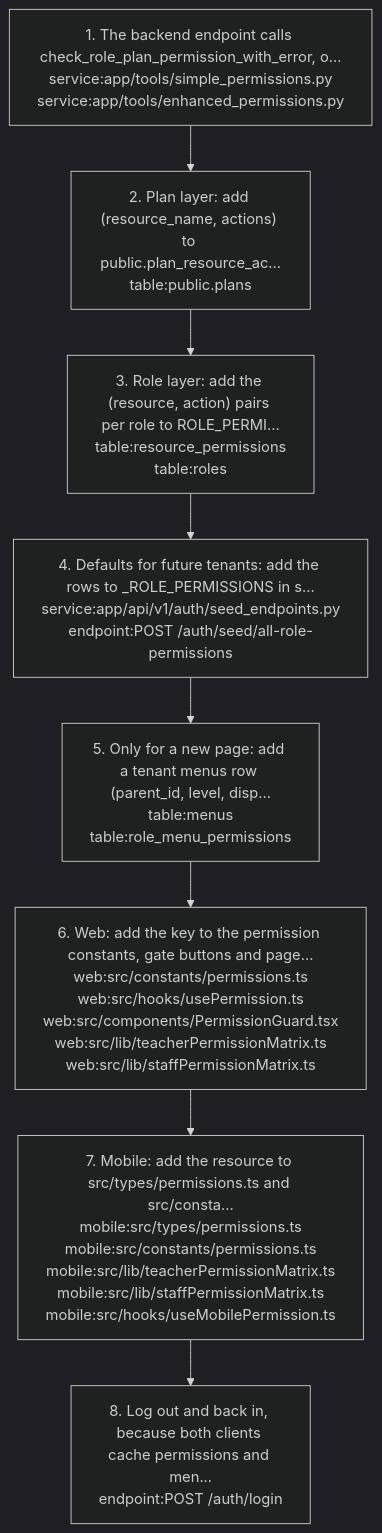
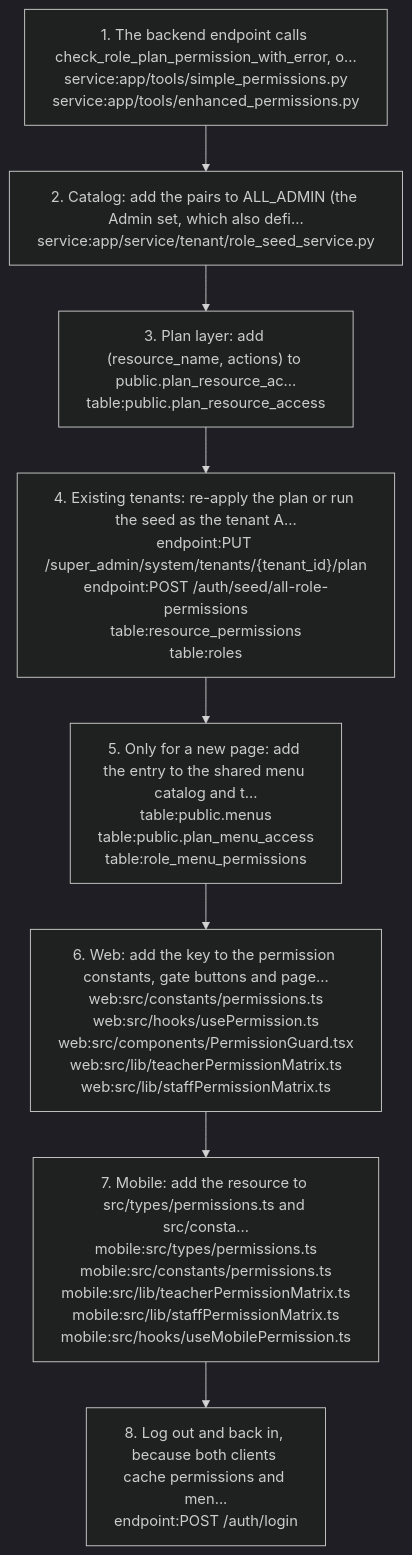
The third of 7 diagrams in docs/graph/views/platform.md (nerellasraj21/cos360_full_app), drawn with Mermaid (dark theme) before and after one commit. The commit also changed other lines of this file and 44 other files, not shown here.

First line of the commit message:
Re-verify project docs and knowledge graph against current code

````diff
--- a/docs/graph/views/platform.md
+++ b/docs/graph/views/platform.md
@@ -117,18 +130,18 @@
 ```mermaid
 flowchart TD
   s1["1. The backend endpoint calls check_role_plan_permission_with_error, o...<br/>service:app/tools/simple_permissions.py<br/>service:app/tools/enhanced_permissions.py"]
-  s2["2. Plan layer: add (resource_name, actions) to public.plan_resource_ac...<br/>table:public.plans"]
+  s2["2. Catalog: add the pairs to ALL_ADMIN (the Admin set, which also defi...<br/>service:app/service/tenant/role_seed_service.py"]
   s1 --> s2
-  s3["3. Role layer: add the (resource, action) pairs per role to ROLE_PERMI...<br/>table:resource_permissions<br/>table:roles"]
+  s3["3. Plan layer: add (resource_name, actions) to public.plan_resource_ac...<br/>table:public.plan_resource_access"]
   s2 --> s3
-  s4["4. Defaults for future tenants: add the rows to _ROLE_PERMISSIONS in s...<br/>service:app/api/v1/auth/seed_endpoints.py<br/>endpoint:POST /auth/seed/all-role-permissions"]
+  s4["4. Existing tenants: re-apply the plan or run the seed as the tenant A...<br/>endpoint:PUT /super_admin/system/tenants/{tenant_id}/plan<br/>endpoint:POST /auth/seed/all-role-permissions<br/>table:resource_permissions<br/>table:roles"]
   s3 --> s4
-  s5["5. Only for a new page: add a tenant menus row (parent_id, level, disp...<br/>table:menus<br/>table:role_menu_permissions"]
+  s5["5. Only for a new page: add the entry to the shared menu catalog and t...<br/>table:public.menus<br/>table:public.plan_menu_access<br/>table:role_menu_permissions"]
   s4 --> s5
   s6["6. Web: add the key to the permission constants, gate buttons and page...<br/>web:src/constants/permissions.ts<br/>web:src/hooks/usePermission.ts<br/>web:src/components/PermissionGuard.tsx<br/>web:src/lib/teacherPermissionMatrix.ts<br/>web:src/lib/staffPermissionMatrix.ts"]
   s5 --> s6
   s7["7. Mobile: add the resource to src/types/permissions.ts and src/consta...<br/>mobile:src/types/permissions.ts<br/>mobile:src/constants/permissions.ts<br/>mobile:src/lib/teacherPermissionMatrix.ts<br/>mobile:src/lib/staffPermissionMatrix.ts<br/>mobile:src/hooks/useMobilePermission.ts"]
   s6 --> s7
   s8["8. Log out and back in, because both clients cache permissions and men...<br/>endpoint:POST /auth/login"]
   s7 --> s8
 ```
````
